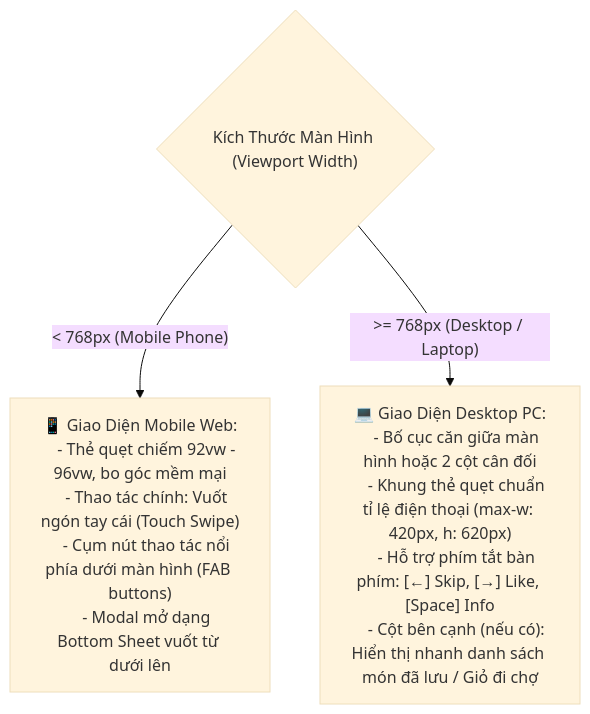
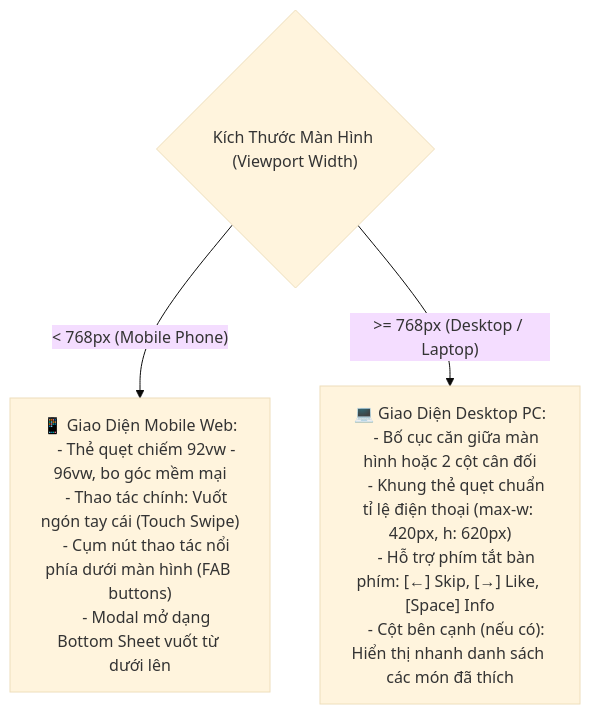
Before and after one commit to snowwminhduc1212/YumYumPick: the second of 3 diagrams in docs/02_SYSTEM_ARCHITECTURE_AND_DESIGN.md, drawn with Mermaid (base theme). The commit also changed other lines of this file and 9 other files, not shown here.

````diff
--- a/docs/02_SYSTEM_ARCHITECTURE_AND_DESIGN.md
+++ b/docs/02_SYSTEM_ARCHITECTURE_AND_DESIGN.md
@@ -106,16 +104,16 @@
 ```mermaid
 flowchart TD
     ScreenCheck{"Kích Thước Màn Hình (Viewport Width)"}
     
     ScreenCheck -- "< 768px (Mobile Phone)" --> MobileLayout["📱 Giao Diện Mobile Web:
     - Thẻ quẹt chiếm 92vw - 96vw, bo góc mềm mại
     - Thao tác chính: Vuốt ngón tay cái (Touch Swipe)
     - Cụm nút thao tác nổi phía dưới màn hình (FAB buttons)
     - Modal mở dạng Bottom Sheet vuốt từ dưới lên"]
     
     ScreenCheck -- ">= 768px (Desktop / Laptop)" --> DesktopLayout["💻 Giao Diện Desktop PC:
     - Bố cục căn giữa màn hình hoặc 2 cột cân đối
     - Khung thẻ quẹt chuẩn tỉ lệ điện thoại (max-w: 420px, h: 620px)
     - Hỗ trợ phím tắt bàn phím: [←] Skip, [→] Like, [Space] Info
-    - Cột bên cạnh (nếu có): Hiển thị nhanh danh sách món đã lưu / Giỏ đi chợ"]
+    - Cột bên cạnh (nếu có): Hiển thị nhanh danh sách các món đã thích"]
 ```
````
